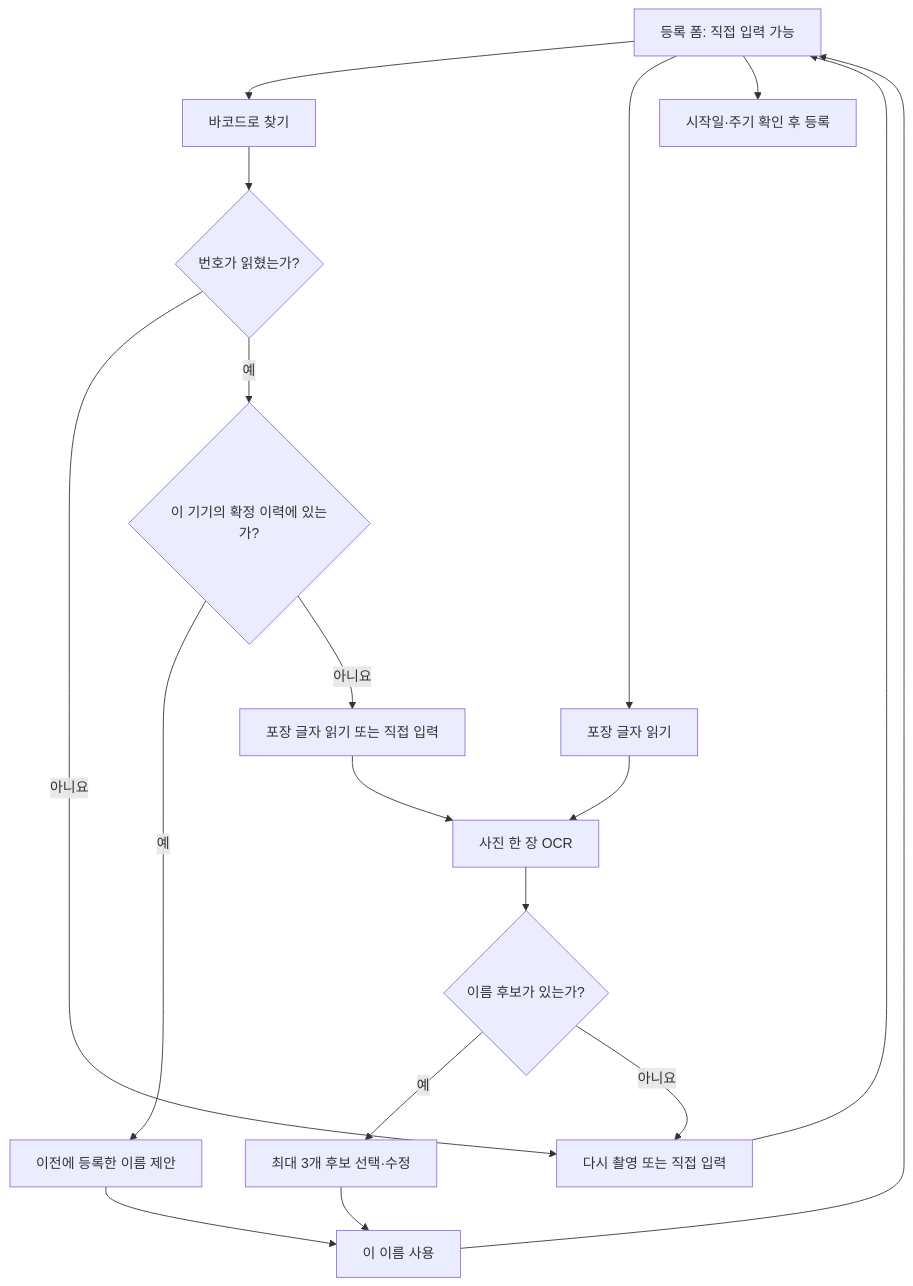
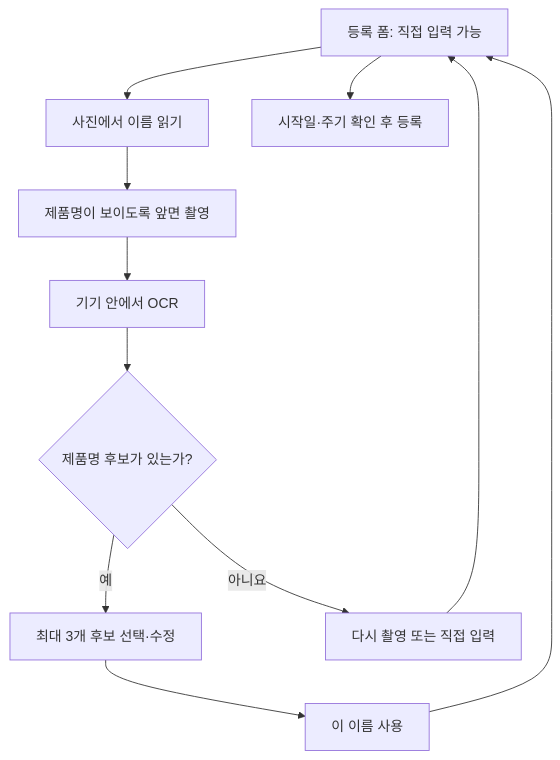
One commit to kw-mobile/home-timing changed the diagram in docs/MVP.md. Above: the diagram before and after it, drawn with Mermaid. The commit also changed other lines of this file and 3 other files, not shown here.

````diff
--- a/docs/MVP.md
+++ b/docs/MVP.md
@@ -65,20 +57,13 @@
 ```mermaid
 flowchart TD
-    A[등록 폼: 직접 입력 가능] --> B[바코드로 찾기]
-    A --> C[포장 글자 읽기]
-    B --> D{번호가 읽혔는가?}
-    D -->|아니요| E[다시 촬영 또는 직접 입력]
-    D -->|예| F{이 기기의 확정 이력에 있는가?}
-    F -->|예| G[이전에 등록한 이름 제안]
-    F -->|아니요| H[포장 글자 읽기 또는 직접 입력]
-    C --> I[사진 한 장 OCR]
-    H --> I
-    I --> J{이름 후보가 있는가?}
-    J -->|예| K[최대 3개 후보 선택·수정]
-    J -->|아니요| E
-    G --> L[이 이름 사용]
-    K --> L
-    L --> A
-    E --> A
-    A --> M[시작일·주기 확인 후 등록]
+    A[등록 폼: 직접 입력 가능] --> B[사진에서 이름 읽기]
+    B --> C[제품명이 보이도록 앞면 촬영]
+    C --> D[기기 안에서 OCR]
+    D --> E{제품명 후보가 있는가?}
+    E -->|예| F[최대 3개 후보 선택·수정]
+    F --> G[이 이름 사용]
+    G --> A
+    E -->|아니요| H[다시 촬영 또는 직접 입력]
+    H --> A
+    A --> I[시작일·주기 확인 후 등록]
 ```
````
